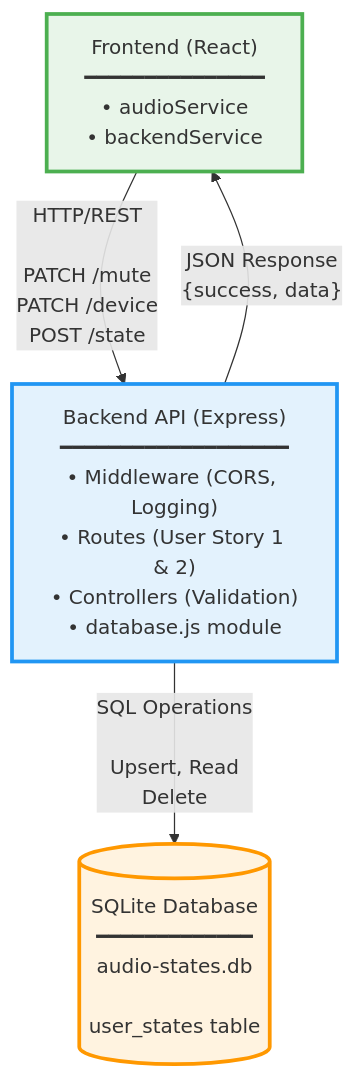
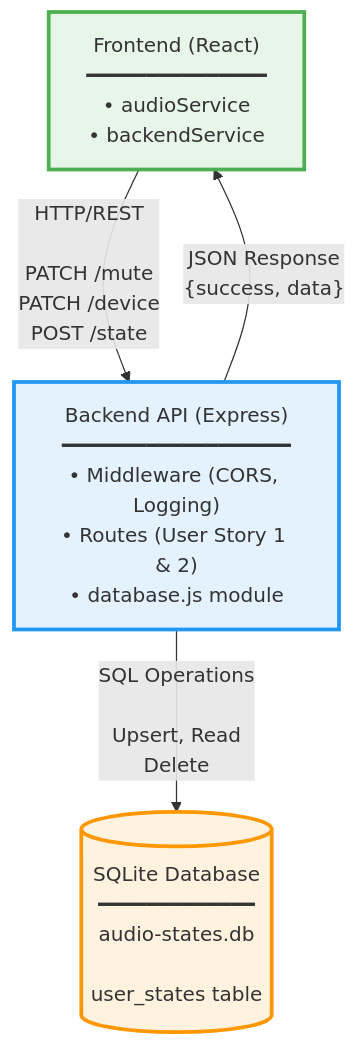
One commit to arthur900530/team-bug-farmers changed the first of 3 diagrams in BACKEND_INTERNAL_ARCHITECTURE.md. Above: the diagram before and after it, drawn with Mermaid.

Commit message:
Update Backend API description in architecture doc
Removed 'Controllers (Validation)' from Backend API description.

````diff
--- a/BACKEND_INTERNAL_ARCHITECTURE.md
+++ b/BACKEND_INTERNAL_ARCHITECTURE.md
@@ -70,16 +70,16 @@
 ```mermaid
 graph TB
     Frontend["Frontend (React)<br/>━━━━━━━━━━━━━━━<br/>• audioService<br/>• backendService"] 
     
-    Backend["Backend API (Express)<br/>━━━━━━━━━━━━━━━━━━━<br/>• Middleware (CORS, Logging)<br/>• Routes (User Story 1 & 2)<br/>• Controllers (Validation)<br/>• database.js module"]
+    Backend["Backend API (Express)<br/>━━━━━━━━━━━━━━━━━━━<br/>• Middleware (CORS, Logging)<br/>• Routes (User Story 1 & 2)<br/>• database.js module"]
     
     DB[("SQLite Database<br/>━━━━━━━━━━━━━<br/>audio-states.db<br/><br/>user_states table")]
     
     Frontend -->|"HTTP/REST<br/><br/>PATCH /mute<br/>PATCH /device<br/>POST /state"| Backend
     Backend -->|"JSON Response<br/>{success, data}"| Frontend
     Backend -->|"SQL Operations<br/><br/>Upsert, Read<br/>Delete"| DB
     
     style Frontend fill:#E8F5E9,stroke:#4CAF50,stroke-width:3px
     style Backend fill:#E3F2FD,stroke:#2196F3,stroke-width:3px
     style DB fill:#FFF3E0,stroke:#FF9800,stroke-width:3px
 ```
````
